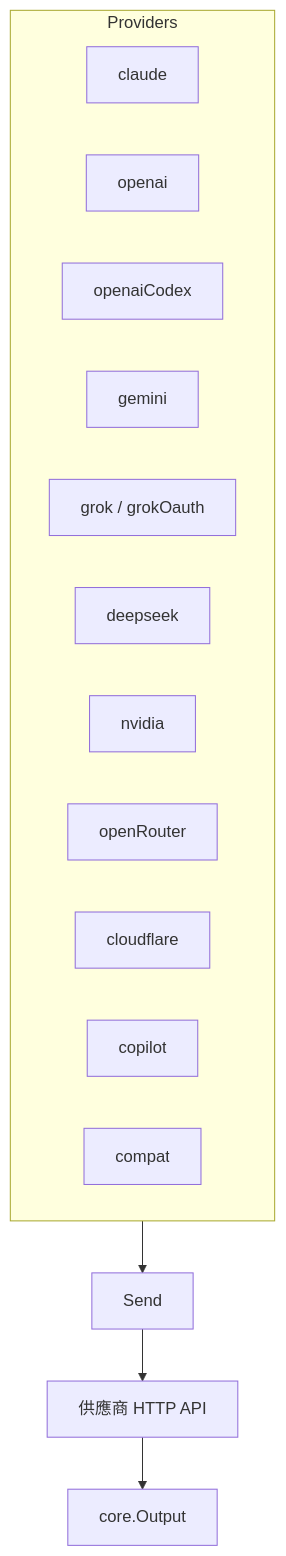
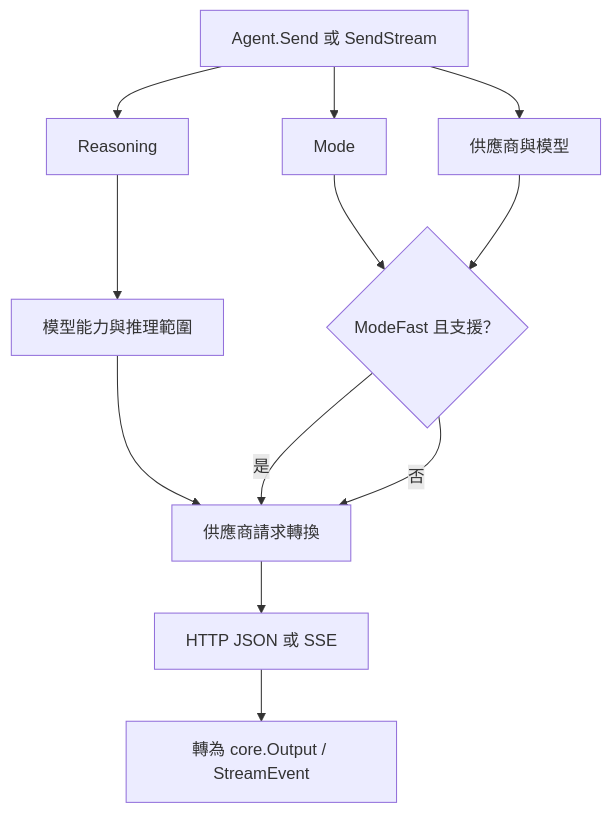
Before and after one commit to pardnchiu/go-llm-router: the fourth of 10 diagrams in doc/architecture.zh.md, drawn with Mermaid. The commit also changed other lines of this file and 3 other files, not shown here.

Commit message:
doc: Expand API and architecture documentation

````diff
--- a/doc/architecture.zh.md
+++ b/doc/architecture.zh.md
@@ -65,19 +153,22 @@
 ```mermaid
-graph TB
-    subgraph Providers
-        Claude[claude]
-        OpenAI[openai]
-        Codex[openaiCodex]
-        Gemini[gemini]
-        Grok[grok / grokOauth]
-        DeepSeek[deepseek]
-        NVIDIA[nvidia]
-        OpenRouter[openRouter]
-        Cloudflare[cloudflare]
-        Copilot[copilot]
-        Compat[compat]
-    end
-    Providers --> Send[Send]
-    Send --> HTTPAPI[供應商 HTTP API]
-    HTTPAPI --> Output[core.Output]
+flowchart TB
+    Request[Agent.Send 或 SendStream]
+    Reasoning[Reasoning]
+    Mode[Mode]
+    Model[供應商與模型]
+    Clamp[模型能力與推理範圍]
+    Fast{ModeFast 且支援？}
+    Shape[供應商請求轉換]
+    Send[HTTP JSON 或 SSE]
+    Normalize[轉為 core.Output / StreamEvent]
+
+    Request --> Reasoning
+    Request --> Mode
+    Request --> Model
+    Reasoning --> Clamp --> Shape
+    Mode --> Fast
+    Model --> Fast
+    Fast -->|是| Shape
+    Fast -->|否| Shape
+    Shape --> Send --> Normalize
 ```
````
